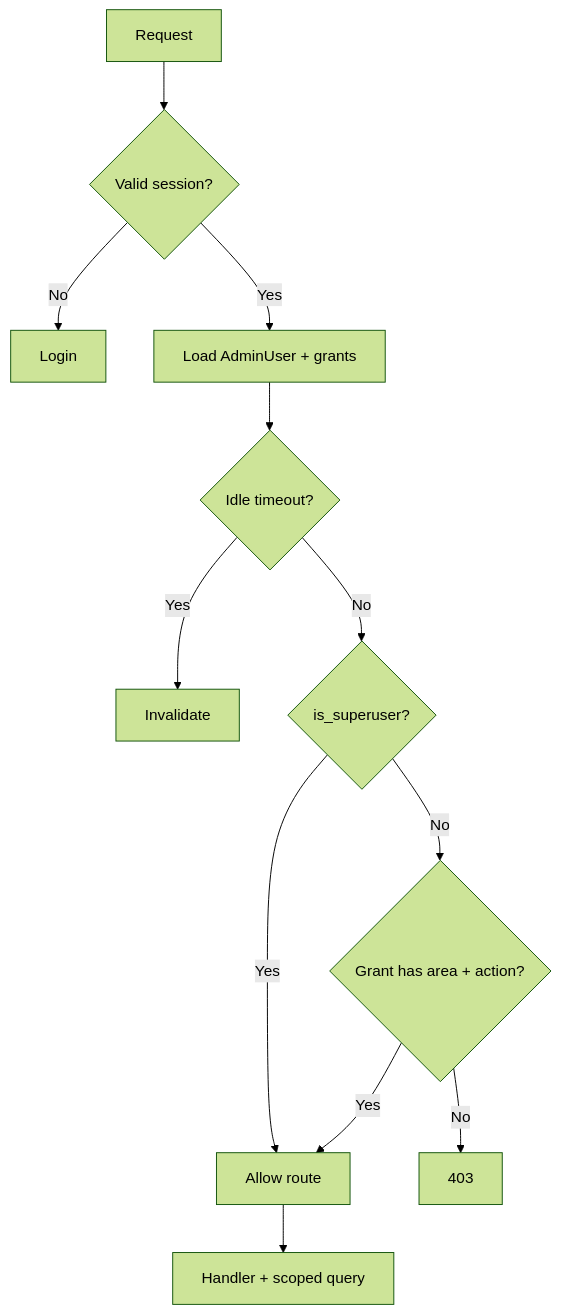
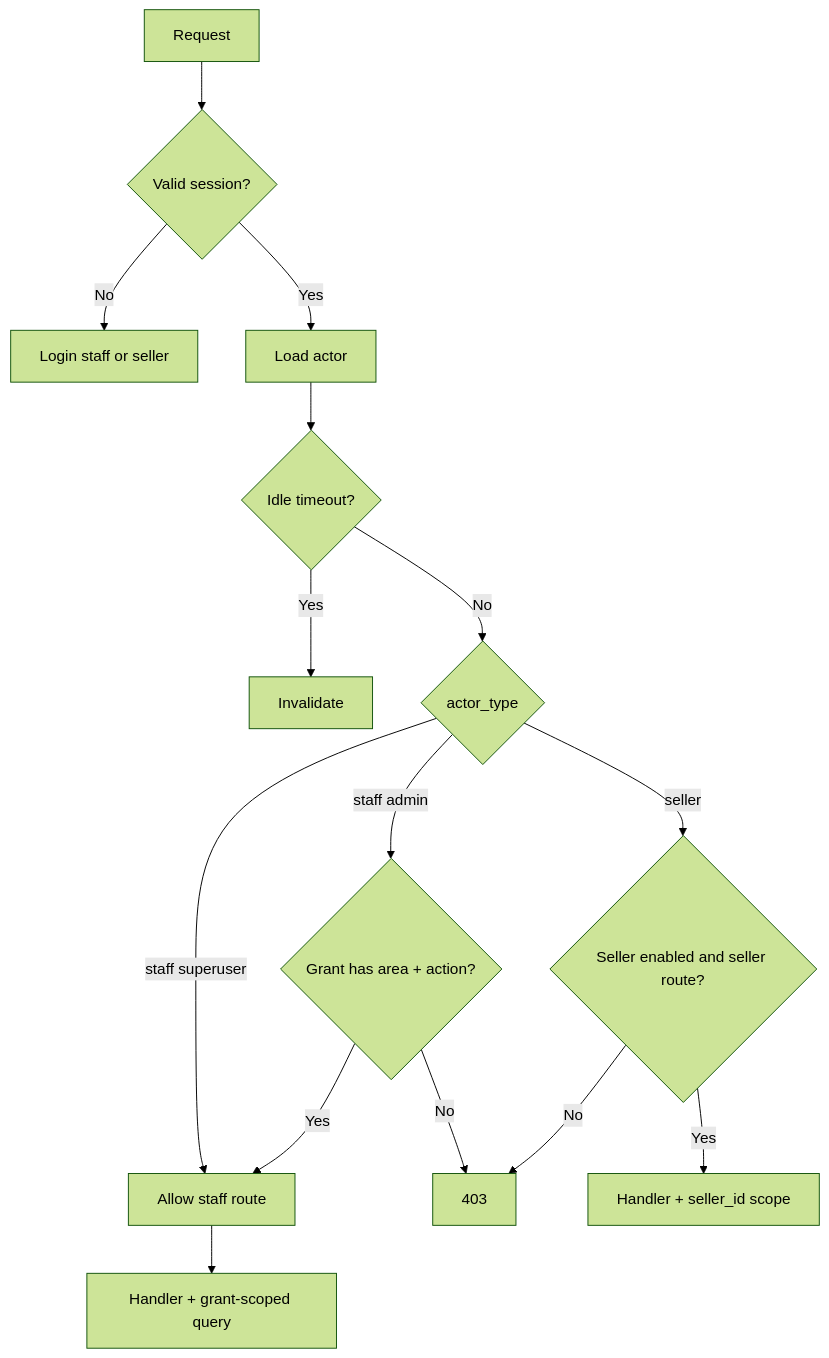
One commit to nafasebra/order-manager-docs changed the second of 3 diagrams in system-design.md. Above: the diagram before and after it, drawn with Mermaid (forest theme). The commit also changed other lines of this file and 6 other files, not shown here.

````diff
--- a/system-design.md
+++ b/system-design.md
@@ -115,14 +125,17 @@
 ```mermaid
 flowchart TD
   R[Request] --> S{Valid session?}
-  S -->|No| L[Login]
-  S -->|Yes| I[Load AdminUser + grants]
+  S -->|No| L[Login staff or seller]
+  S -->|Yes| I[Load actor]
   I --> T{Idle timeout?}
   T -->|Yes| X[Invalidate]
-  T -->|No| P{is_superuser?}
-  P -->|Yes| A[Allow route]
-  P -->|No| G{Grant has area + action?}
+  T -->|No| Y{actor_type}
+  Y -->|staff superuser| A[Allow staff route]
+  Y -->|staff admin| G{Grant has area + action?}
   G -->|No| F[403]
   G -->|Yes| A
-  A --> H[Handler + scoped query]
+  Y -->|seller| E{Seller enabled and seller route?}
+  E -->|No| F
+  E -->|Yes| H[Handler + seller_id scope]
+  A --> HS[Handler + grant-scoped query]
 ```
````
